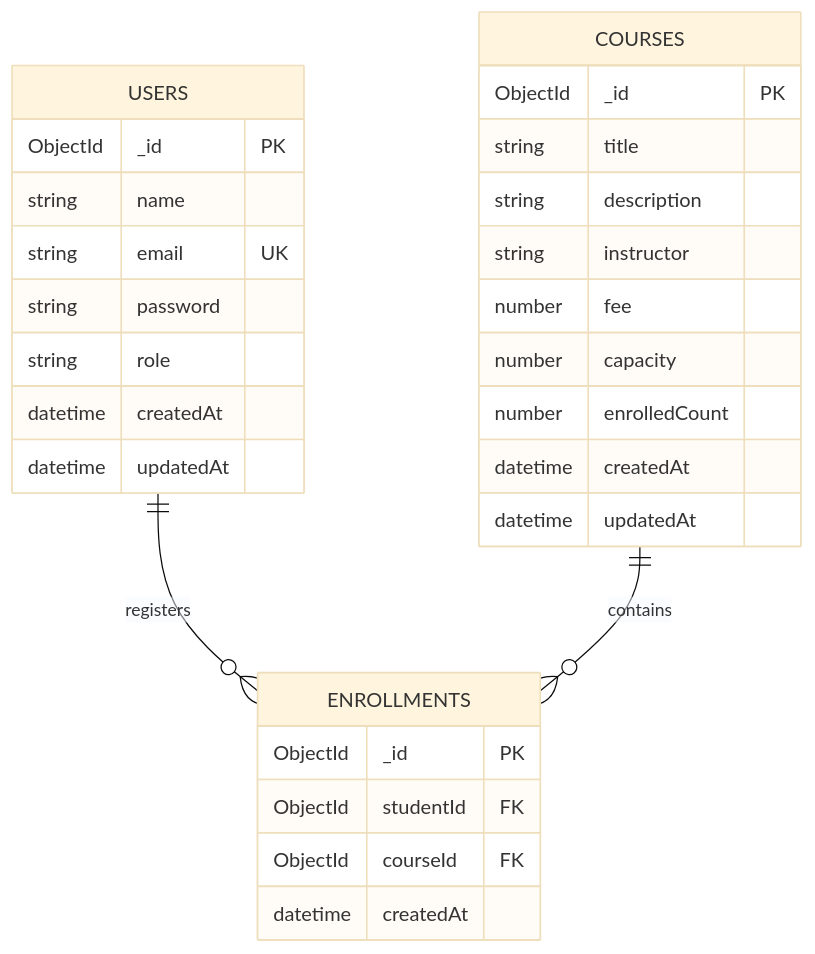
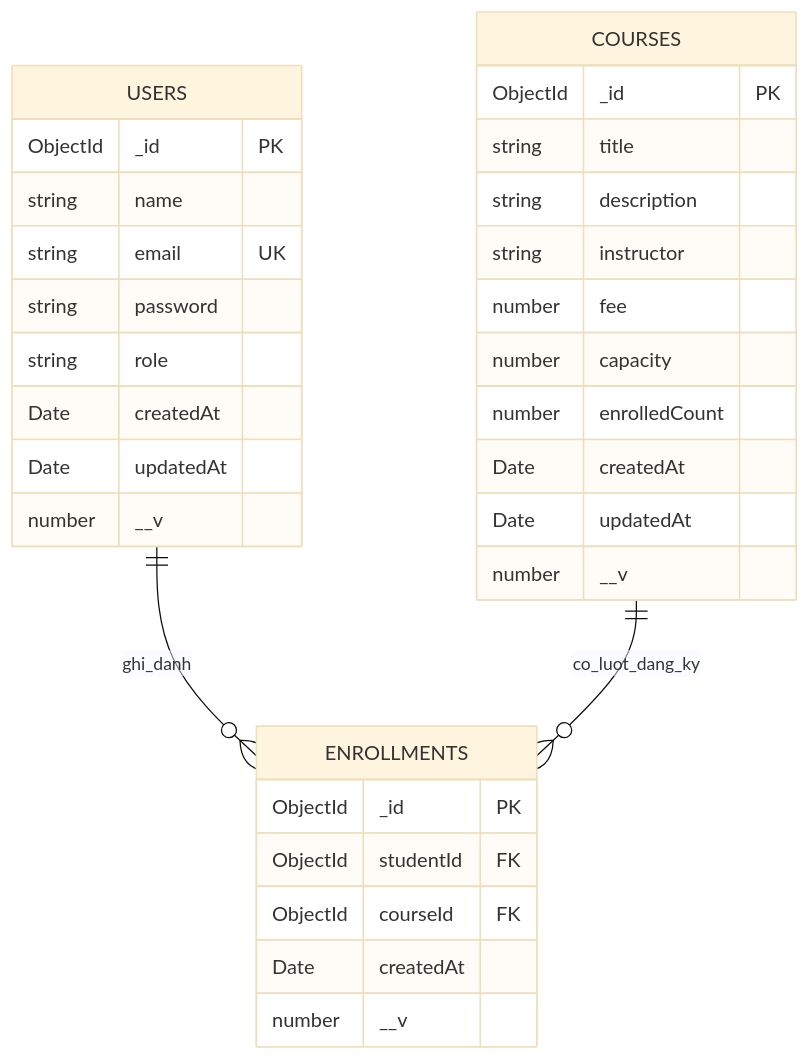
One commit to Chun100804/course-management-system changed the diagram in docs/database/erd.md. Above: the diagram before and after it, drawn with Mermaid (base theme). The commit also changed other lines of this file and 69 other files, not shown here.

````diff
--- a/docs/database/erd.md
+++ b/docs/database/erd.md
@@ -3,34 +5,37 @@
 ```mermaid
 erDiagram
-    USERS ||--o{ ENROLLMENTS : registers
-    COURSES ||--o{ ENROLLMENTS : contains
+    USERS ||--o{ ENROLLMENTS : ghi_danh
+    COURSES ||--o{ ENROLLMENTS : co_luot_dang_ky
 
     USERS {
         ObjectId _id PK
         string name
         string email UK
         string password
         string role
-        datetime createdAt
-        datetime updatedAt
+        Date createdAt
+        Date updatedAt
+        number __v
     }
 
     COURSES {
         ObjectId _id PK
         string title
         string description
         string instructor
         number fee
         number capacity
         number enrolledCount
-        datetime createdAt
-        datetime updatedAt
+        Date createdAt
+        Date updatedAt
+        number __v
     }
 
     ENROLLMENTS {
         ObjectId _id PK
         ObjectId studentId FK
         ObjectId courseId FK
-        datetime createdAt
+        Date createdAt
+        number __v
     }
 ```
````
